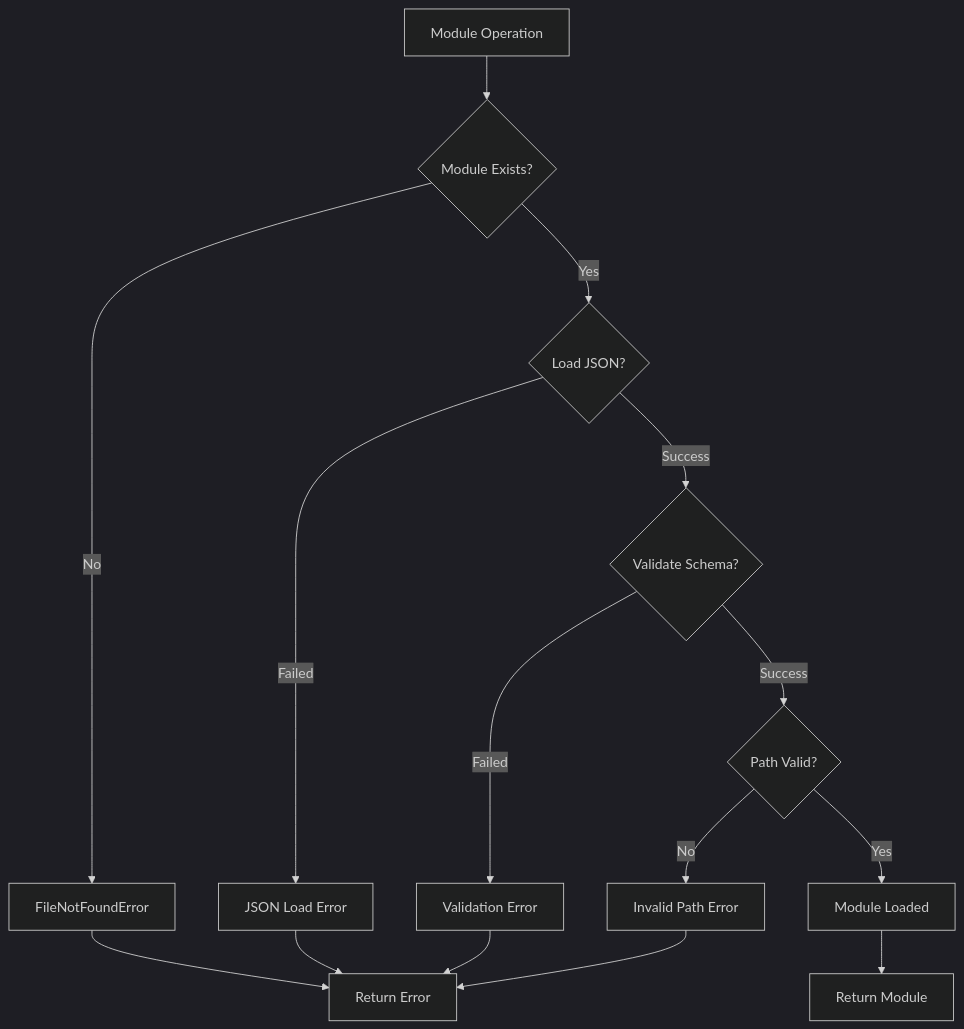
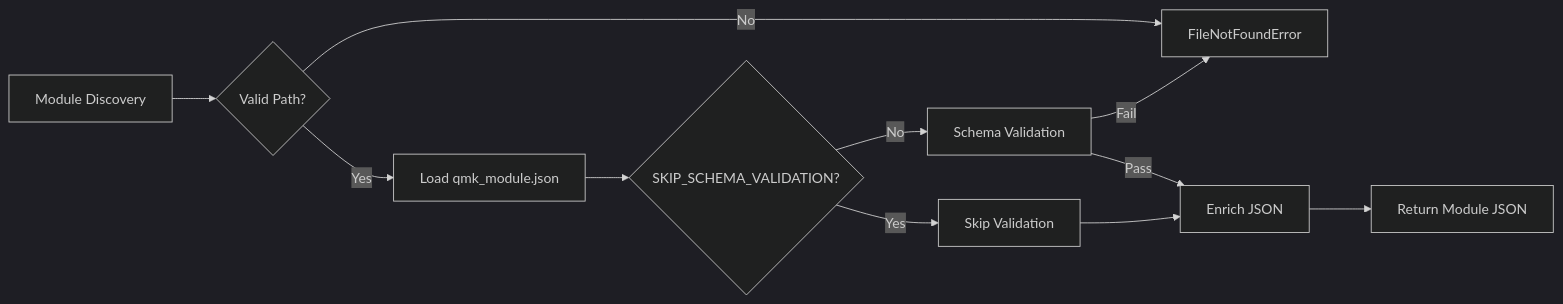
Before and after one commit to FSoft-AI4Code/codewiki-demo: the third of 3 diagrams in docs/qmk--qmk_firmware-docs/community_modules.md, drawn with Mermaid (dark theme). The commit also changed other lines of this file and 1103 other files, not shown here.

````diff
--- a/docs/qmk--qmk_firmware-docs/community_modules.md
+++ b/docs/qmk--qmk_firmware-docs/community_modules.md
@@ -276,21 +128,16 @@
 ```mermaid
-flowchart TD
-    Start[Module Operation] --> Check{Module Exists?}
-    Check -->|No| NotFound[FileNotFoundError]
-    Check -->|Yes| Load{Load JSON?}
+graph LR
+    Start[Module Discovery] --> CheckPath{Valid Path?}
+    CheckPath -->|Yes| LoadJSON[Load qmk_module.json]
+    CheckPath -->|No| Error[FileNotFoundError]
     
-    Load -->|Failed| LoadError[JSON Load Error]
-    Load -->|Success| Validate{Validate Schema?}
+    LoadJSON --> CheckValidation{SKIP_SCHEMA_VALIDATION?}
+    CheckValidation -->|No| Validate[Schema Validation]
+    CheckValidation -->|Yes| Skip[Skip Validation]
     
-    Validate -->|Failed| ValidationError[Validation Error]
-    Validate -->|Success| PathCheck{Path Valid?}
+    Validate -->|Pass| Enrich[Enrich JSON]
+    Validate -->|Fail| Error
+    Skip --> Enrich
     
-    PathCheck -->|No| PathError[Invalid Path Error]
-    PathCheck -->|Yes| Success[Module Loaded]
-    
-    NotFound --> ReturnError[Return Error]
-    LoadError --> ReturnError
-    ValidationError --> ReturnError
-    PathError --> ReturnError
-    Success --> ReturnModule[Return Module]
+    Enrich --> Return[Return Module JSON]
 ```
````
